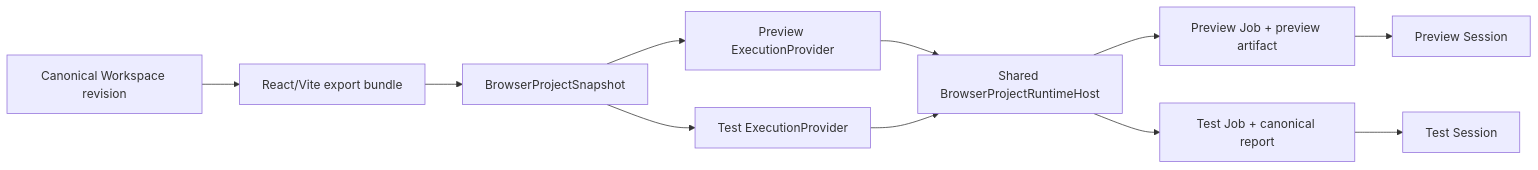
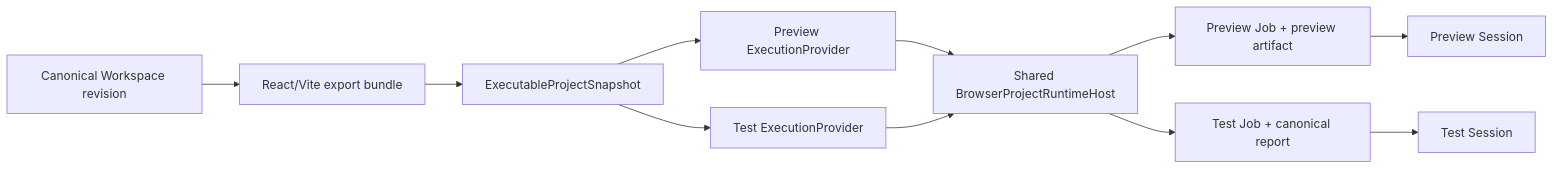
Before and after one commit to Mdr-Tutorials/prodivix: the diagram in specs/decisions/44.browser-test-execution-and-runtime-host.md, drawn with Mermaid. The commit also changed other lines of this file and 110 other files, not shown here.

````diff
--- a/specs/decisions/44.browser-test-execution-and-runtime-host.md
+++ b/specs/decisions/44.browser-test-execution-and-runtime-host.md
@@ -44,13 +46,13 @@
 ```mermaid
 flowchart LR
     Workspace["Canonical Workspace revision"] --> Compiler["React/Vite export bundle"]
-    Compiler --> Snapshot["BrowserProjectSnapshot"]
+    Compiler --> Snapshot["ExecutableProjectSnapshot"]
     Snapshot --> PreviewProvider["Preview ExecutionProvider"]
     Snapshot --> TestProvider["Test ExecutionProvider"]
     PreviewProvider --> Host["Shared BrowserProjectRuntimeHost"]
     TestProvider --> Host
     Host --> PreviewJob["Preview Job + preview artifact"]
     Host --> TestJob["Test Job + canonical report"]
     PreviewJob --> PreviewSession["Preview Session"]
     TestJob --> TestSession["Test Session"]
 ```
````
